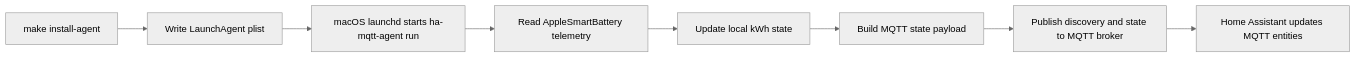
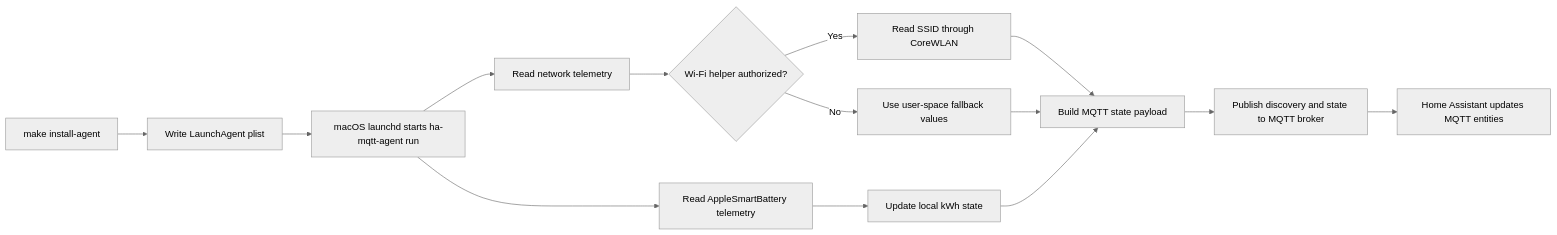
One commit to marcomc/ha-mqtt-agent changed the diagram in README.md. Above: the diagram before and after it, drawn with Mermaid (neutral theme). The commit also changed other lines of this file and 20 other files, not shown here.

First line of the commit message:
feat: Add network telemetry collection for macOS hosts

````diff
--- a/README.md
+++ b/README.md
@@ -41,12 +43,18 @@
 ```mermaid
 flowchart LR
   accTitle: Runtime telemetry flow
   accDescr: Shows how the LaunchAgent publishes Mac telemetry to Home Assistant through MQTT.
   install["make install-agent"] --> plist["Write LaunchAgent plist"]
   plist --> launchd["macOS launchd starts ha-mqtt-agent run"]
-  launchd --> reader["Read AppleSmartBattery telemetry"]
-  reader --> energy["Update local kWh state"]
-  energy --> payload["Build MQTT state payload"]
+  launchd --> battery["Read AppleSmartBattery telemetry"]
+  launchd --> network["Read network telemetry"]
+  network --> helper{"Wi-Fi helper authorized?"}
+  helper -->|Yes| ssid["Read SSID through CoreWLAN"]
+  helper -->|No| fallback["Use user-space fallback values"]
+  battery --> energy["Update local kWh state"]
+  ssid --> payload["Build MQTT state payload"]
+  fallback --> payload
+  energy --> payload
   payload --> mqtt["Publish discovery and state to MQTT broker"]
   mqtt --> ha["Home Assistant updates MQTT entities"]
 ```
````
